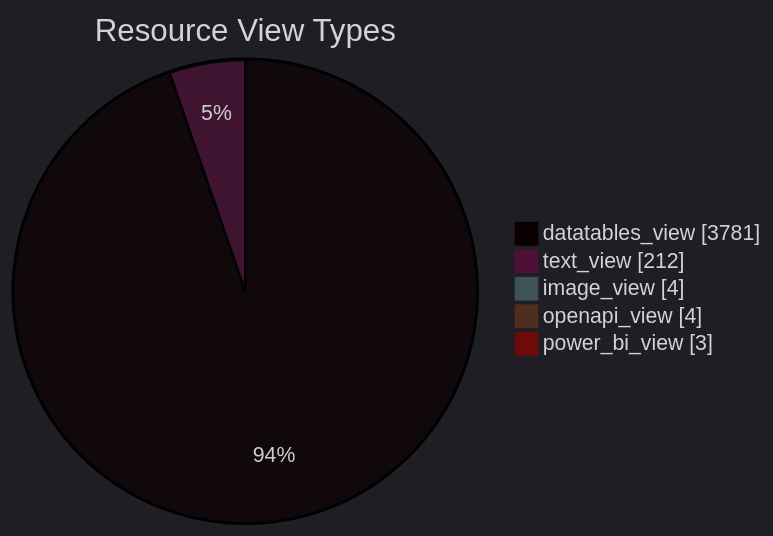
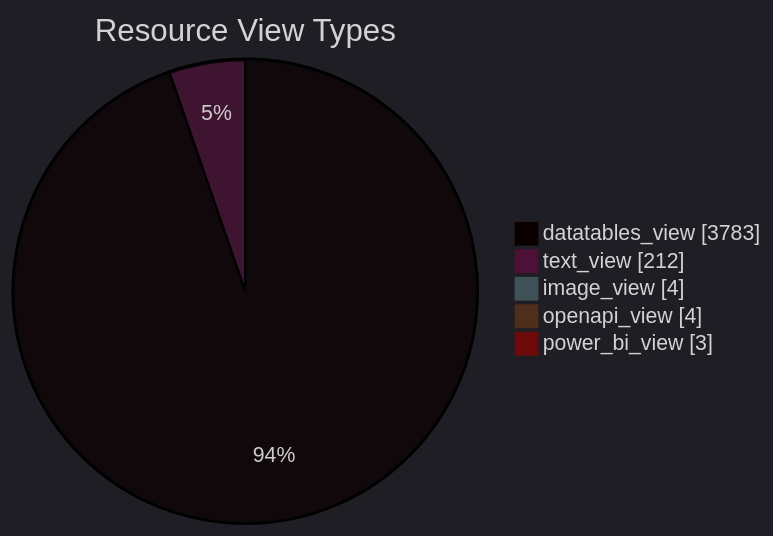
The diagram in datastore_tracker/resource_view_types_pie_chart.md (open-data/analytics-corporate-reporting), drawn with Mermaid before and after one commit. The commit also changed 12 other files, not shown here.

````diff
--- a/datastore_tracker/resource_view_types_pie_chart.md
+++ b/datastore_tracker/resource_view_types_pie_chart.md
@@ -2,12 +2,12 @@
 ```mermaid
 ---
 config:
   theme: dark
 ---
 pie showData title Resource View Types
-    "datatables_view": 3781
+    "datatables_view": 3783
     "text_view": 212
     "image_view": 4
     "openapi_view": 4
     "power_bi_view": 3
 ```
````
